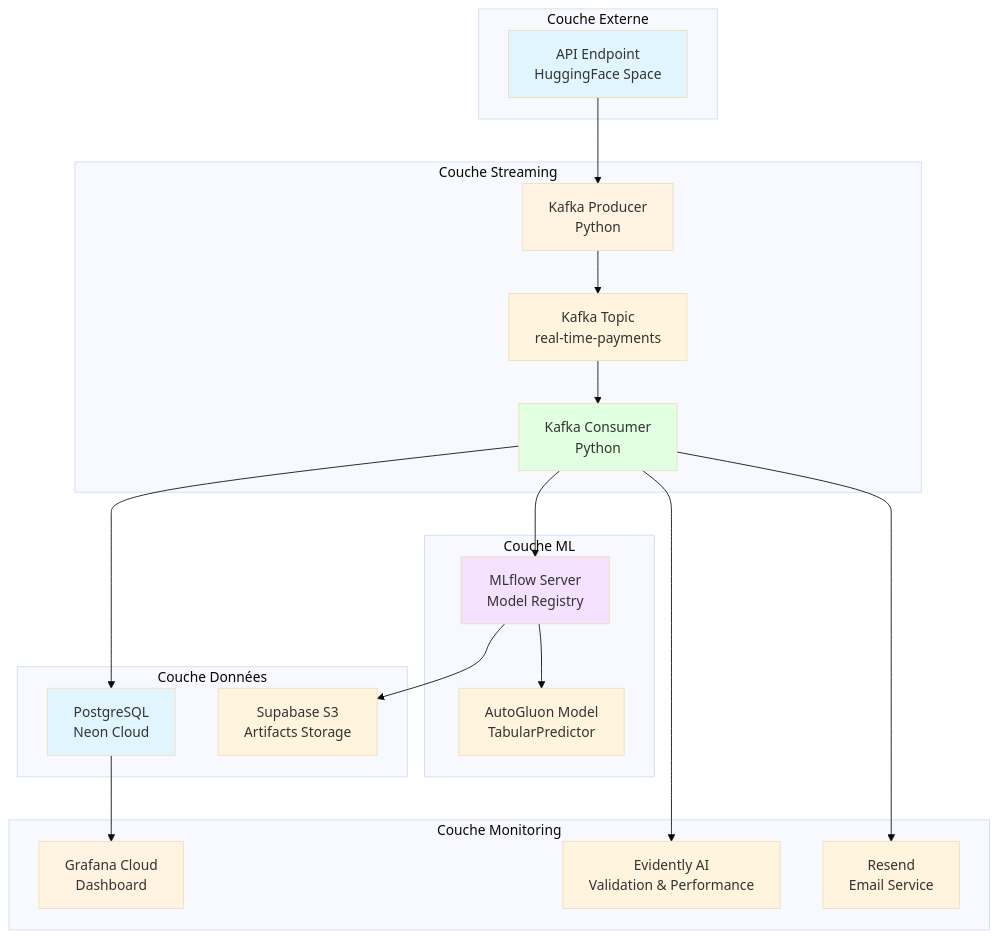
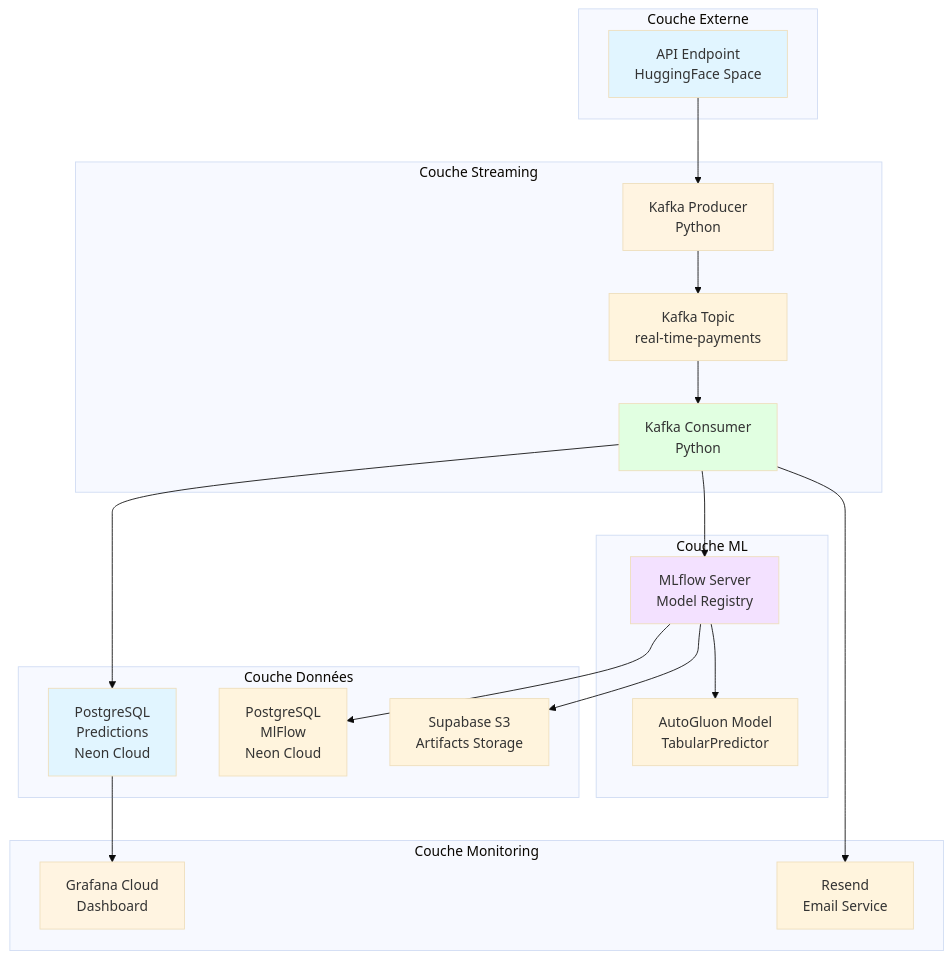
One commit to jefraudai/jefraudai changed the first of 6 diagrams in Services/docsify/docs/architecture.md. Above: the diagram before and after it, drawn with Mermaid (base theme). The commit also changed 6 other files, not shown here.

````diff
--- a/Services/docsify/docs/architecture.md
+++ b/Services/docsify/docs/architecture.md
@@ -9,46 +9,46 @@
 ```mermaid
 graph TD
     subgraph "Couche Externe"
         UI[API Endpoint<br/>HuggingFace Space]
     end
     
     subgraph "Couche Streaming"
         KP[Kafka Producer<br/>Python]
         KT[Kafka Topic<br/>real-time-payments]
         KC[Kafka Consumer<br/>Python]
     end
     
     subgraph "Couche ML"
         ML[MLflow Server<br/>Model Registry]
         AG[AutoGluon Model<br/>TabularPredictor]
     end
     
     subgraph "Couche Données"
-        PG[PostgreSQL<br/>Neon Cloud]
+        PG[PostgreSQL<br/>Predictions<br/>Neon Cloud]
+        PG2[PostgreSQL<br/>MlFlow<br/>Neon Cloud]
         S3[Supabase S3<br/>Artifacts Storage]
     end
     
     subgraph "Couche Monitoring"
         GF[Grafana Cloud<br/>Dashboard]
-        EV[Evidently AI<br/>Validation & Performance]
         RS[Resend<br/>Email Service]
     end
     
     UI --> KP
     KP --> KT
     KT --> KC
     KC --> ML
+    ML --> PG2
     ML --> AG
     KC --> PG
     ML --> S3
     PG --> GF
-    KC --> EV
     KC --> RS
     
     style UI fill:#e1f5ff
     style KP fill:#fff4e1
     style KC fill:#e1ffe1
     style ML fill:#f3e1ff
     style PG fill:#e1f5ff
     style GF fill:#fff4e1
 ```
````
